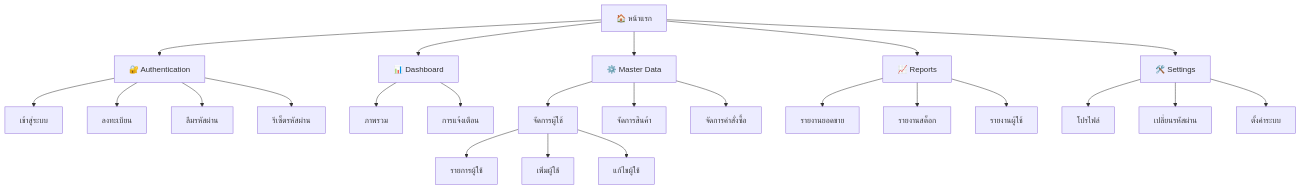
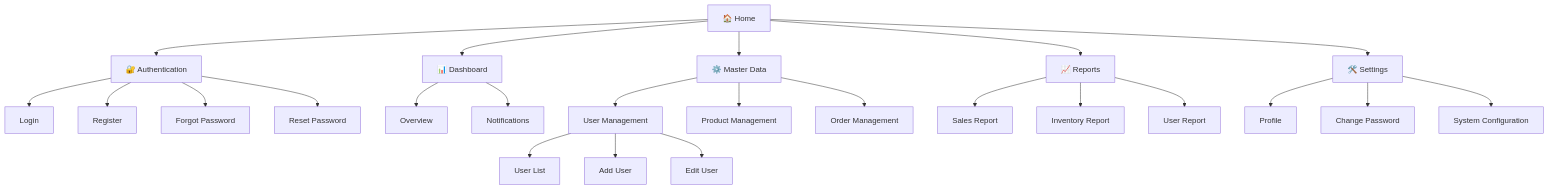
Before and after one commit to mounchons/AgentMarketPlace: the ninth of 9 diagrams in plugins/system-design-doc/skills/system-design-doc/templates/design-doc-template.md, drawn with Mermaid. The commit also changed other lines of this file and 51 other files, not shown here.

````diff
--- a/plugins/system-design-doc/skills/system-design-doc/templates/design-doc-template.md
+++ b/plugins/system-design-doc/skills/system-design-doc/templates/design-doc-template.md
@@ -460,34 +460,34 @@
 ```mermaid
 flowchart TD
-    HOME[🏠 หน้าแรก]
-    
+    HOME[🏠 Home]
+
     HOME --> AUTH[🔐 Authentication]
     HOME --> DASH[📊 Dashboard]
     HOME --> MASTER[⚙️ Master Data]
     HOME --> REPORT[📈 Reports]
     HOME --> SETTING[🛠️ Settings]
-    
-    AUTH --> LOGIN[เข้าสู่ระบบ]
-    AUTH --> REGISTER[ลงทะเบียน]
-    AUTH --> FORGOT[ลืมรหัสผ่าน]
-    AUTH --> RESET[รีเซ็ตรหัสผ่าน]
-    
-    DASH --> OVERVIEW[ภาพรวม]
-    DASH --> NOTI[การแจ้งเตือน]
-    
-    MASTER --> USER_MGT[จัดการผู้ใช้]
-    MASTER --> PRODUCT_MGT[จัดการสินค้า]
-    MASTER --> ORDER_MGT[จัดการคำสั่งซื้อ]
-    
-    USER_MGT --> USER_LIST[รายการผู้ใช้]
-    USER_MGT --> USER_ADD[เพิ่มผู้ใช้]
-    USER_MGT --> USER_EDIT[แก้ไขผู้ใช้]
-    
-    REPORT --> RPT_SALES[รายงานยอดขาย]
-    REPORT --> RPT_INV[รายงานสต็อก]
-    REPORT --> RPT_USER[รายงานผู้ใช้]
-    
-    SETTING --> PROFILE[โปรไฟล์]
-    SETTING --> CHANGE_PWD[เปลี่ยนรหัสผ่าน]
-    SETTING --> SYS_CONFIG[ตั้งค่าระบบ]
+
+    AUTH --> LOGIN[Login]
+    AUTH --> REGISTER[Register]
+    AUTH --> FORGOT[Forgot Password]
+    AUTH --> RESET[Reset Password]
+
+    DASH --> OVERVIEW[Overview]
+    DASH --> NOTI[Notifications]
+
+    MASTER --> USER_MGT[User Management]
+    MASTER --> PRODUCT_MGT[Product Management]
+    MASTER --> ORDER_MGT[Order Management]
+
+    USER_MGT --> USER_LIST[User List]
+    USER_MGT --> USER_ADD[Add User]
+    USER_MGT --> USER_EDIT[Edit User]
+
+    REPORT --> RPT_SALES[Sales Report]
+    REPORT --> RPT_INV[Inventory Report]
+    REPORT --> RPT_USER[User Report]
+
+    SETTING --> PROFILE[Profile]
+    SETTING --> CHANGE_PWD[Change Password]
+    SETTING --> SYS_CONFIG[System Configuration]
 ```
````
